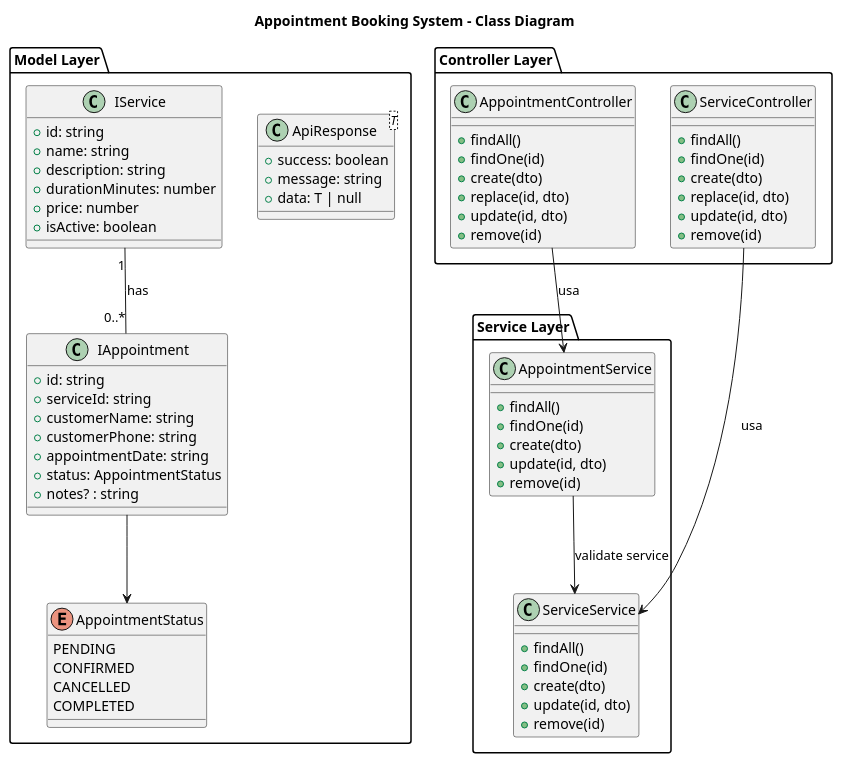
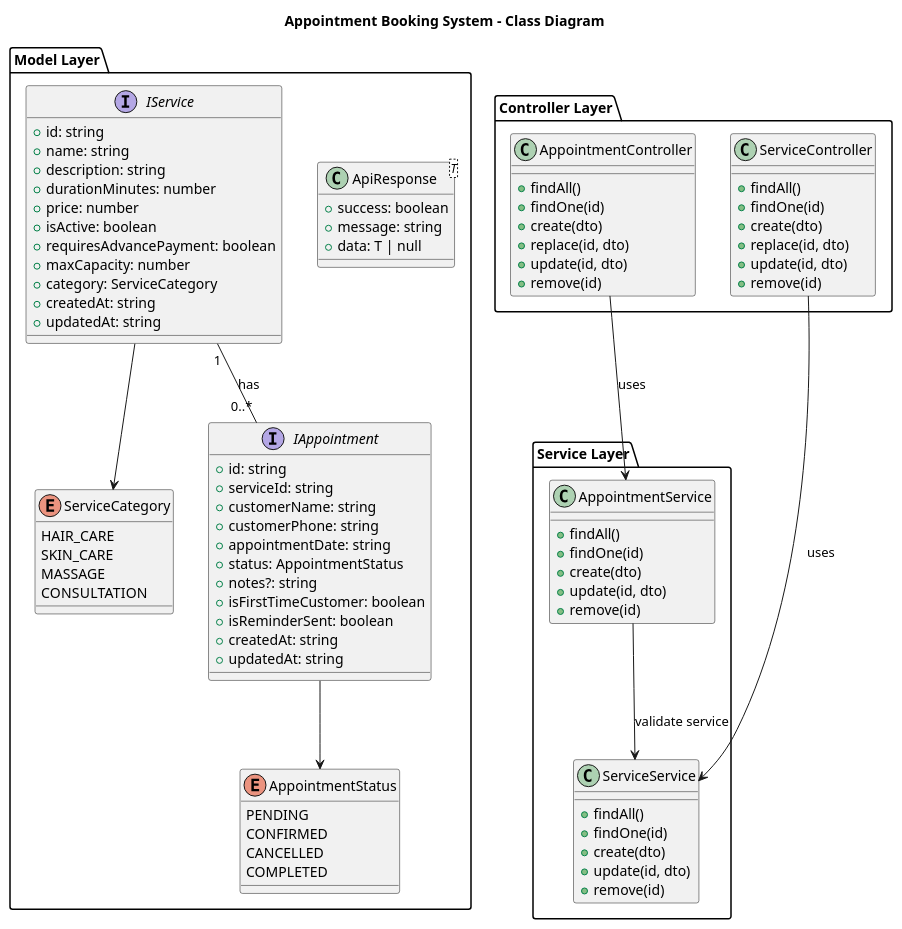
The diagram in docs/uml-diagram.puml (nxtcya/oop-typescript-final-project-2026), drawn with PlantUML before and after one commit. The commit also changed 4 other files, not shown here.

```diff
--- a/docs/uml-diagram.puml
+++ b/docs/uml-diagram.puml
@@ -1,88 +1,104 @@
 @startuml uml-diagram
 title Appointment Booking System - Class Diagram
 
 package "Model Layer" {
 
 enum AppointmentStatus {
   PENDING
   CONFIRMED
   CANCELLED
   COMPLETED
 }
 
+enum ServiceCategory {
+  HAIR_CARE
+  SKIN_CARE
+  MASSAGE 
+  CONSULTATION 
+}
+
 
 class ApiResponse<T> {
   +success: boolean
   +message: string
   +data: T | null
 } 
 
-class IService {
+interface IService {
   +id: string
   +name: string
   +description: string
   +durationMinutes: number
   +price: number
   +isActive: boolean
+  +requiresAdvancePayment: boolean
+  +maxCapacity: number
+  +category: ServiceCategory
+  +createdAt: string
+  +updatedAt: string
 }
 
 
-class IAppointment {
+interface IAppointment {
   +id: string
   +serviceId: string
   +customerName: string
   +customerPhone: string
   +appointmentDate: string
   +status: AppointmentStatus
-  +notes? : string
+  +notes?: string
+  +isFirstTimeCustomer: boolean
+  +isReminderSent: boolean    
+  +createdAt: string        
+  +updatedAt: string 
 }
 }
 
 package "Controller Layer" {
 class ServiceController {
   +findAll()
   +findOne(id)
   +create(dto)
   +replace(id, dto)
   +update(id, dto)
   +remove(id)
 }
 
 class AppointmentController {
   +findAll()
   +findOne(id)
   +create(dto)
   +replace(id, dto)
   +update(id, dto)
   +remove(id)
 }
 }
 
 package "Service Layer" {
 class ServiceService {
   +findAll()
   +findOne(id)
   +create(dto)
   +update(id, dto)
   +remove(id)
 }
 
 class AppointmentService {
   +findAll()
   +findOne(id)
   +create(dto)
   +update(id, dto)
   +remove(id)
 }
 }
 
 
 IService "1" -- "0..*" IAppointment : has
 IAppointment --> AppointmentStatus
-
-ServiceController --> ServiceService : usa
-AppointmentController --> AppointmentService : usa
+IService --> ServiceCategory
+ServiceController --> ServiceService : uses
+AppointmentController --> AppointmentService : uses
 
 AppointmentService --> ServiceService : validate service
 
 @enduml
```
